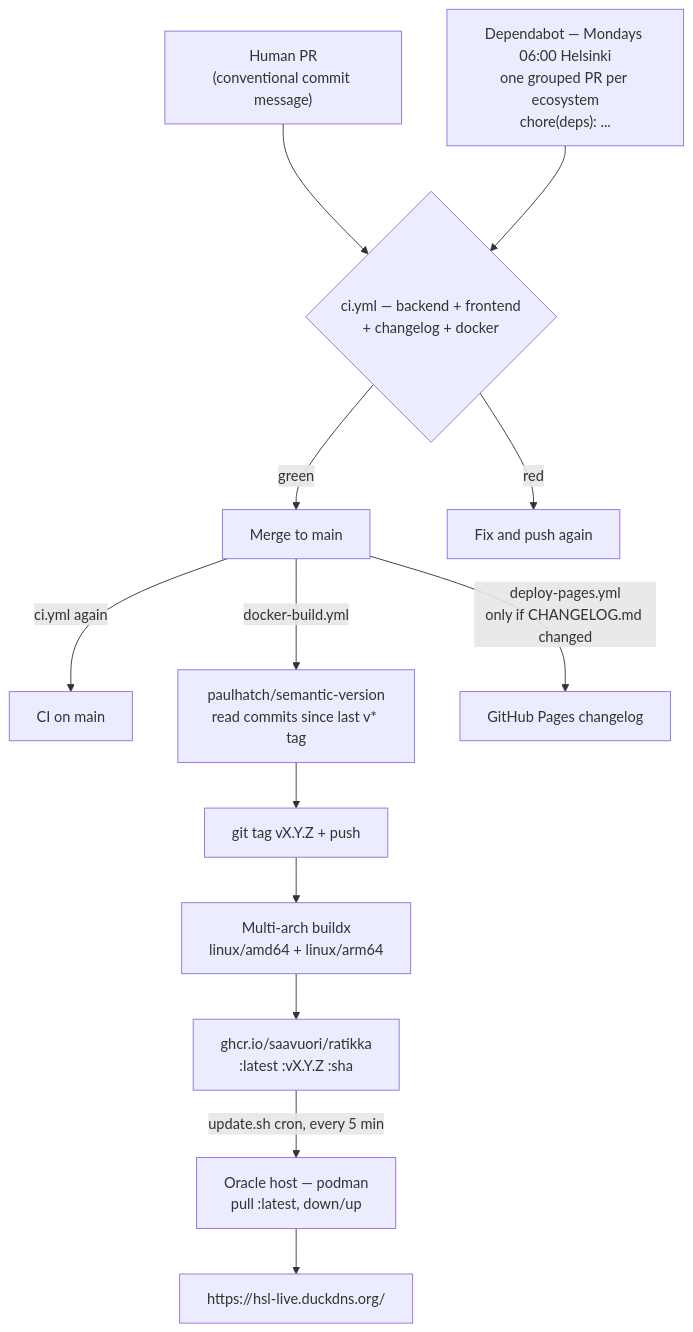
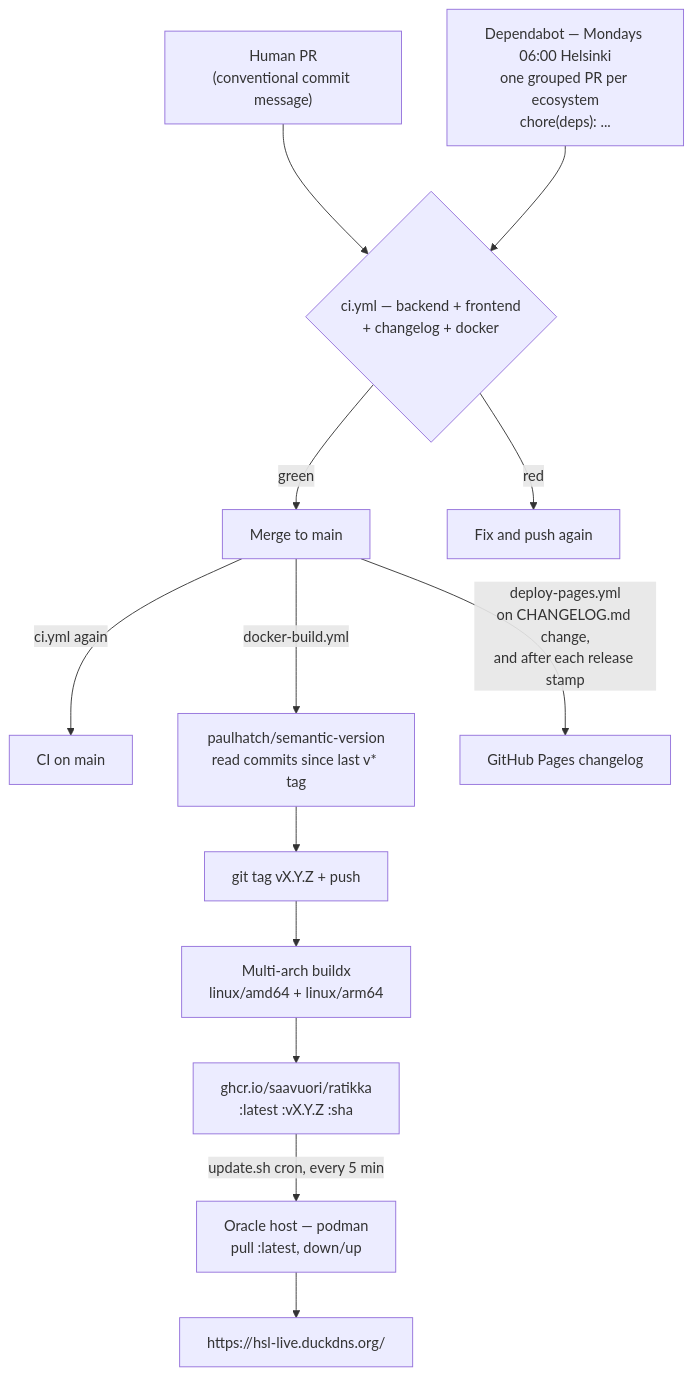
Before and after one commit to Saavuori/ratikka: the diagram in docs/CICD.md, drawn with Mermaid. The commit also changed other lines of this file and 6 other files, not shown here.

````diff
--- a/docs/CICD.md
+++ b/docs/CICD.md
@@ -16,21 +16,21 @@
 ```mermaid
 graph TD
     Human["Human PR<br/>(conventional commit message)"] --> Gate
     Dependabot["Dependabot — Mondays 06:00 Helsinki<br/>one grouped PR per ecosystem<br/>chore(deps): ..."] --> Gate
 
     Gate{"ci.yml — backend + frontend<br/>+ changelog + docker"}
     Gate -->|green| Merge["Merge to main"]
     Gate -->|red| Fix["Fix and push again"]
 
     Merge -->|ci.yml again| MainCI["CI on main"]
     Merge -->|docker-build.yml| Version["paulhatch/semantic-version<br/>read commits since last v* tag"]
 
     Version --> Tag["git tag vX.Y.Z + push"]
     Tag --> Build["Multi-arch buildx<br/>linux/amd64 + linux/arm64"]
     Build --> GHCR["ghcr.io/saavuori/ratikka<br/>:latest :vX.Y.Z :sha"]
 
     GHCR -->|update.sh cron, every 5 min| Host["Oracle host — podman<br/>pull :latest, down/up"]
     Host --> Live["https://hsl-live.duckdns.org/"]
 
-    Merge -->|deploy-pages.yml<br/>only if CHANGELOG.md changed| Pages["GitHub Pages changelog"]
+    Merge -->|deploy-pages.yml<br/>on CHANGELOG.md change,<br/>and after each release stamp| Pages["GitHub Pages changelog"]
 ```
````
